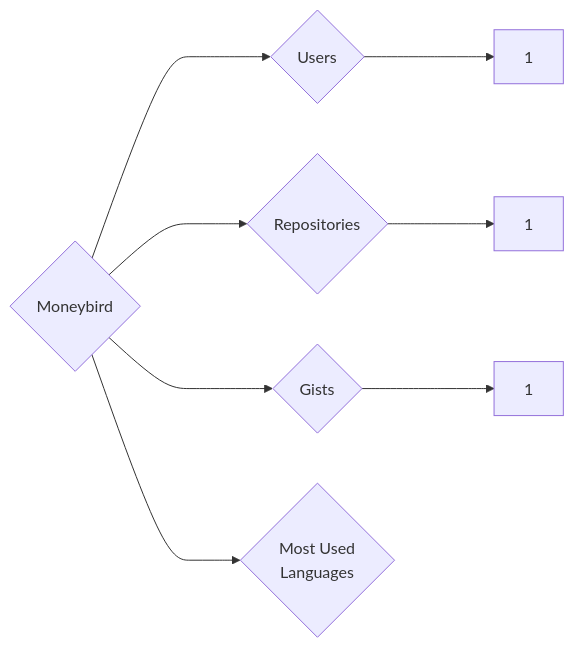
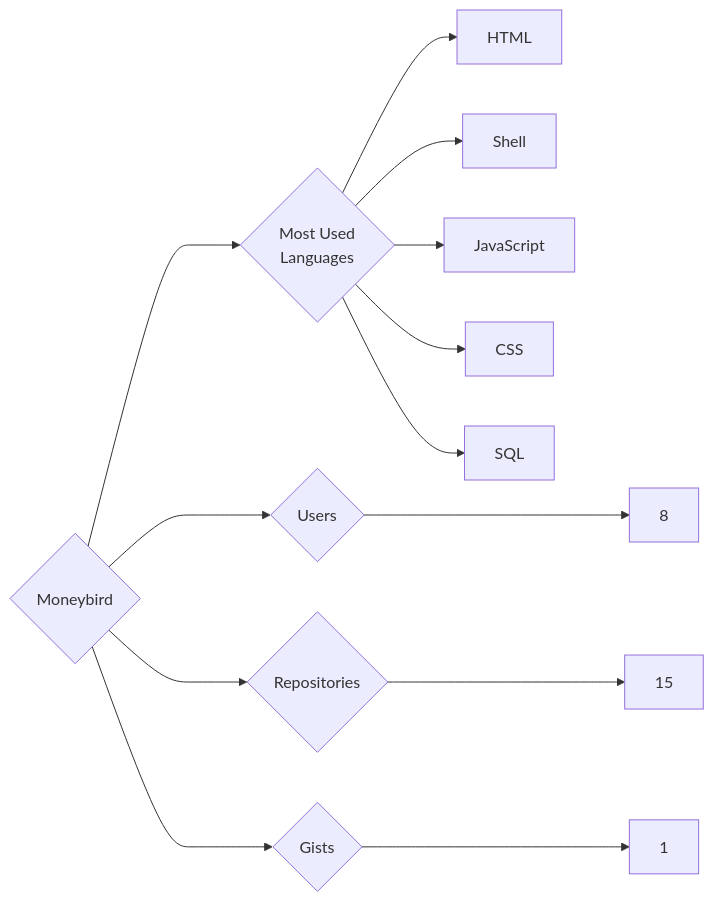
The diagram in targets/Moneybird/README.md (trickest/insiders), drawn with Mermaid before and after one commit. The commit also changed 814 other files, not shown here.

````diff
--- a/targets/Moneybird/README.md
+++ b/targets/Moneybird/README.md
@@ -3,8 +3,13 @@
 ```mermaid
 graph LR
 COMPANY_NAME{Moneybird}
-COMPANY_NAME ---> U{Users} ---> UN[1]
-COMPANY_NAME ---> R{Repositories} ---> RN[1]
+COMPANY_NAME ---> U{Users} ---> UN[8]
+COMPANY_NAME ---> R{Repositories} ---> RN[15]
 COMPANY_NAME ---> G{Gists} ---> GN[1]
 COMPANY_NAME ---> ML{Most Used<br>Languages}
+ML --> HTML[HTML]
+ML --> Shell[Shell]
+ML --> JavaScript[JavaScript]
+ML --> CSS[CSS]
+ML --> SQL[SQL]
 ```
````
